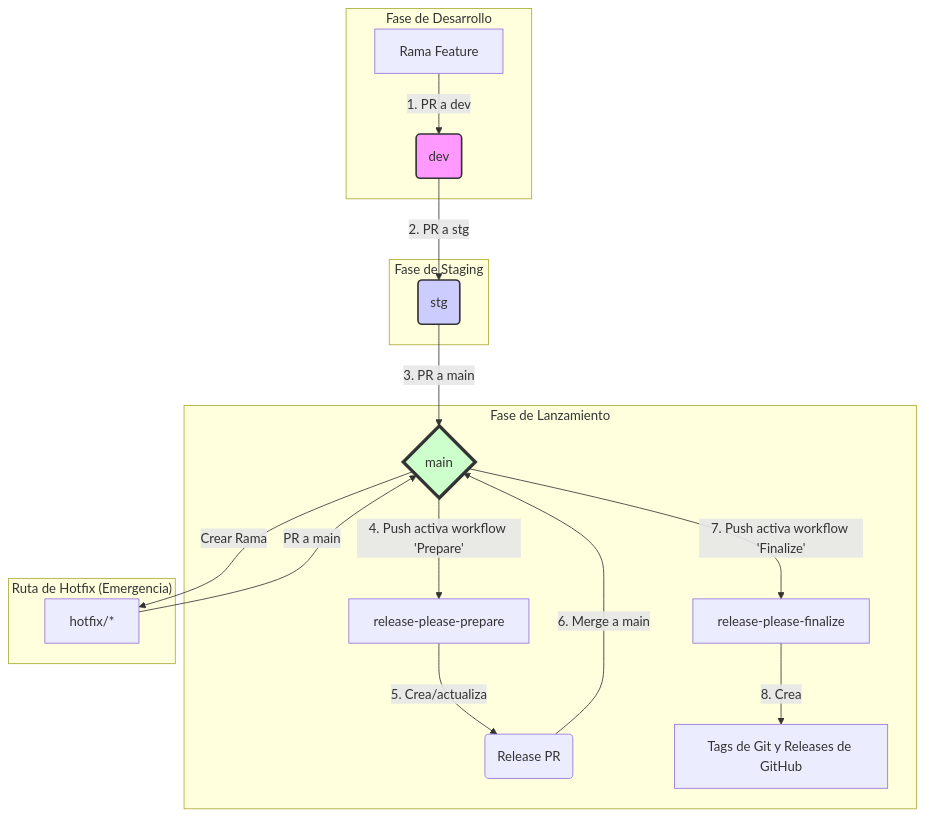
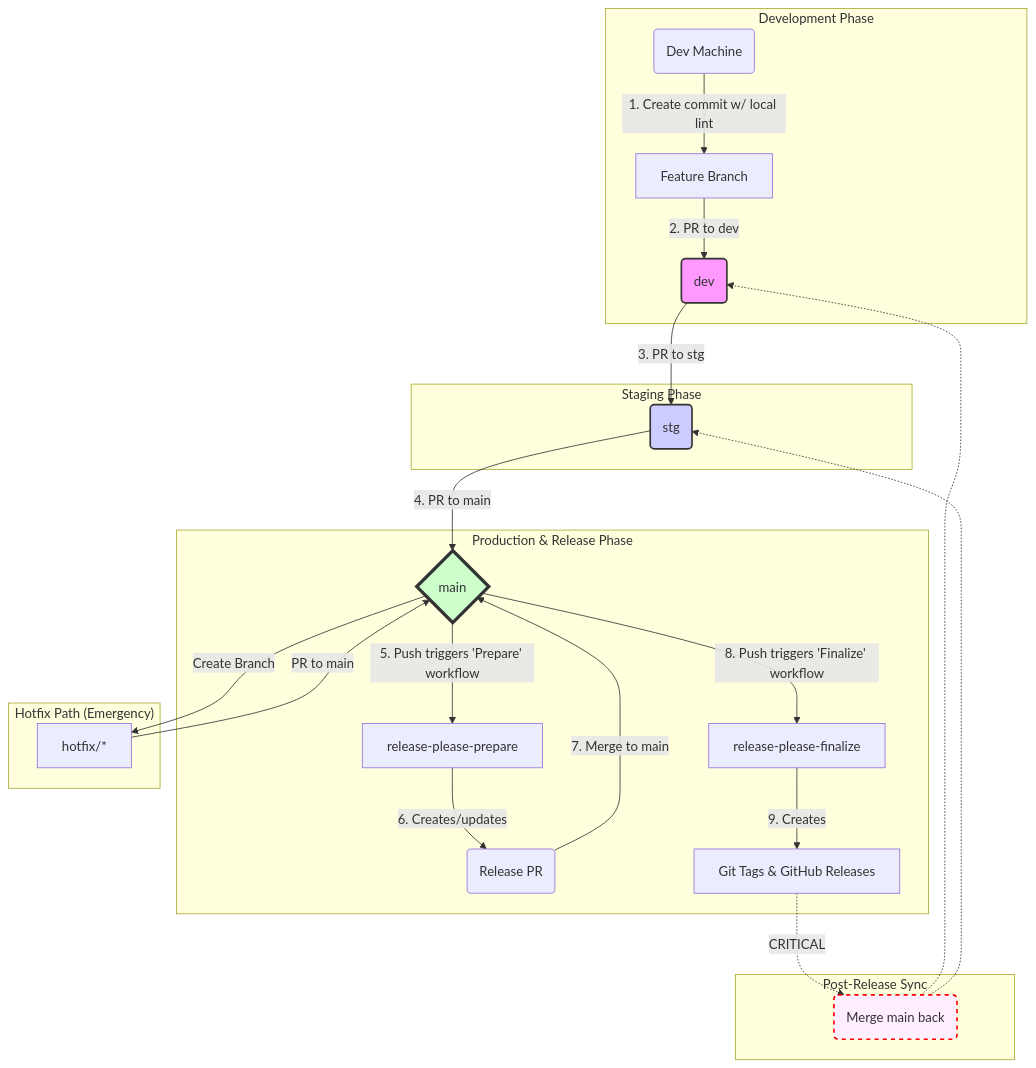
The diagram in README.es.md (iurii-galkin-sp/release-please-poc-test), drawn with Mermaid before and after one commit. The commit also changed 2 other files, not shown here.

Commit message:
chore(project): actualize mermaid frow scheme

````diff
--- a/README.es.md
+++ b/README.es.md
@@ -264,28 +264,36 @@
 ```mermaid
 graph TD
-    subgraph "Fase de Desarrollo"
-        A[Rama Feature] -- "1. PR a dev" --> B(dev);
+    subgraph "Development Phase"
+        A0(Dev Machine) -- "1. Create commit w/ local lint" --> A[Feature Branch];
+        A -- "2. PR to dev" --> B(dev);
     end
 
-    subgraph "Fase de Staging"
-        B -- "2. PR a stg" --> C(stg);
+    subgraph "Staging Phase"
+        B -- "3. PR to stg" --> C(stg);
     end
 
-    subgraph "Fase de Lanzamiento"
-        C -- "3. PR a main" --> D{main};
-        D -- "4. Push activa workflow 'Prepare'" --> E[release-please-prepare];
-        E -- "5. Crea/actualiza" --> F(Release PR);
-        F -- "6. Merge a main" --> D;
-        D -- "7. Push activa workflow 'Finalize'" --> G[release-please-finalize];
-        G -- "8. Crea" --> H[Tags de Git y Releases de GitHub];
+    subgraph "Production & Release Phase"
+        C -- "4. PR to main" --> D{main};
+        D -- "5. Push triggers 'Prepare' workflow" --> E[release-please-prepare];
+        E -- "6. Creates/updates" --> F(Release PR);
+        F -- "7. Merge to main" --> D;
+        D -- "8. Push triggers 'Finalize' workflow" --> G[release-please-finalize];
+        G -- "9. Creates" --> H[Git Tags & GitHub Releases];
     end
 
-    subgraph "Ruta de Hotfix (Emergencia)"
-        D -- "Crear Rama" --> I[hotfix/*];
-        I -- "PR a main" --> D;
+    subgraph "Hotfix Path (Emergency)"
+        D -- "Create Branch" --> I[hotfix/*];
+        I -- "PR to main" --> D;
+    end
+
+    subgraph "Post-Release Sync"
+        H -.-> |"CRITICAL"| Sync1(Merge main back);
+        Sync1 -.-> B;
+        Sync1 -.-> C;
     end
 
     style B fill:#f9f,stroke:#333,stroke-width:2px
     style C fill:#ccf,stroke:#333,stroke-width:2px
     style D fill:#cfc,stroke:#333,stroke-width:4px
+    style Sync1 fill:#fef,stroke:#f00,stroke-width:2px,stroke-dasharray: 5 5
 ```
````
